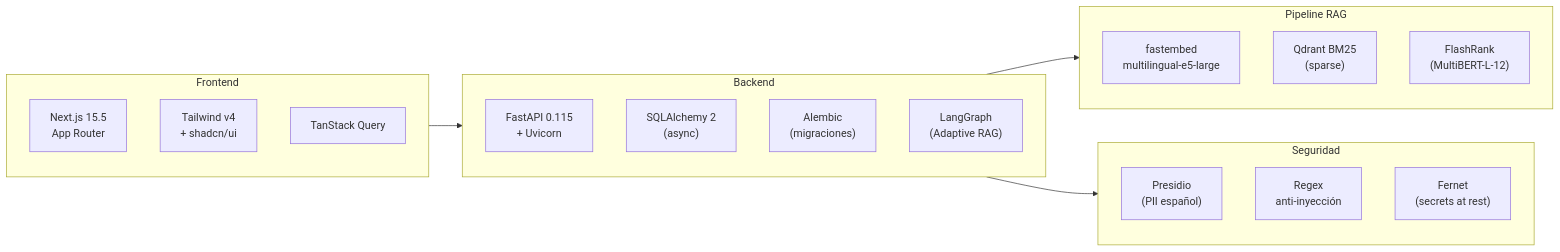
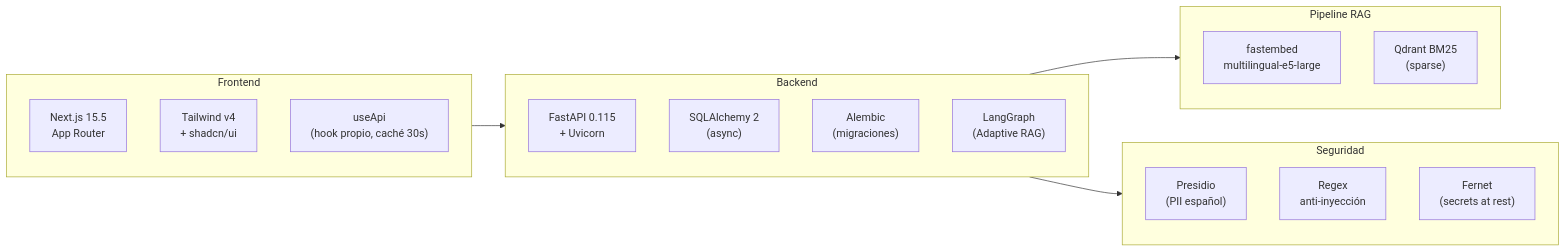
The second of 6 diagrams in docs/ARCHITECTURE.md (AdoDeveloper/chatbot-uso), drawn with Mermaid before and after one commit. The commit also changed other lines of this file and 10 other files, not shown here.

````diff
--- a/docs/ARCHITECTURE.md
+++ b/docs/ARCHITECTURE.md
@@ -57,31 +57,30 @@
 ```mermaid
 flowchart LR
     subgraph fe["Frontend"]
         next["Next.js 15.5<br/>App Router"]
         tw["Tailwind v4<br/>+ shadcn/ui"]
-        rq["TanStack Query"]
+        rq["useApi<br/>(hook propio, caché 30s)"]
     end
 
     subgraph be["Backend"]
         fa["FastAPI 0.115<br/>+ Uvicorn"]
         sa["SQLAlchemy 2<br/>(async)"]
         al["Alembic<br/>(migraciones)"]
         lg["LangGraph<br/>(Adaptive RAG)"]
     end
 
     subgraph emb["Pipeline RAG"]
         fe2["fastembed<br/>multilingual-e5-large"]
         bm25["Qdrant BM25<br/>(sparse)"]
-        rerank["FlashRank<br/>(MultiBERT-L-12)"]
     end
 
     subgraph guard["Seguridad"]
         presidio["Presidio<br/>(PII español)"]
         regex["Regex<br/>anti-inyección"]
         fernet["Fernet<br/>(secrets at rest)"]
     end
 
     fe --> be
     be --> emb
     be --> guard
 ```
````
